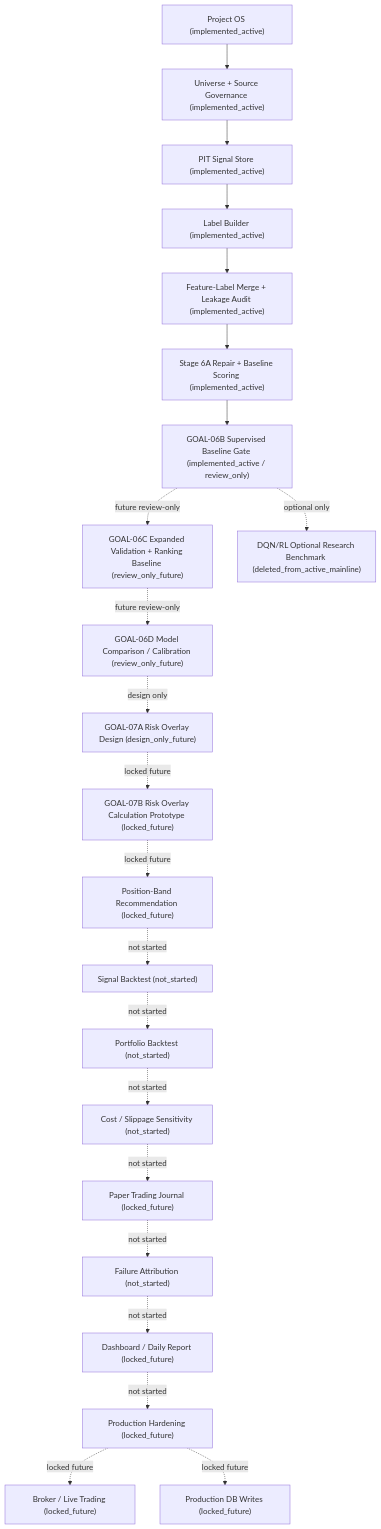
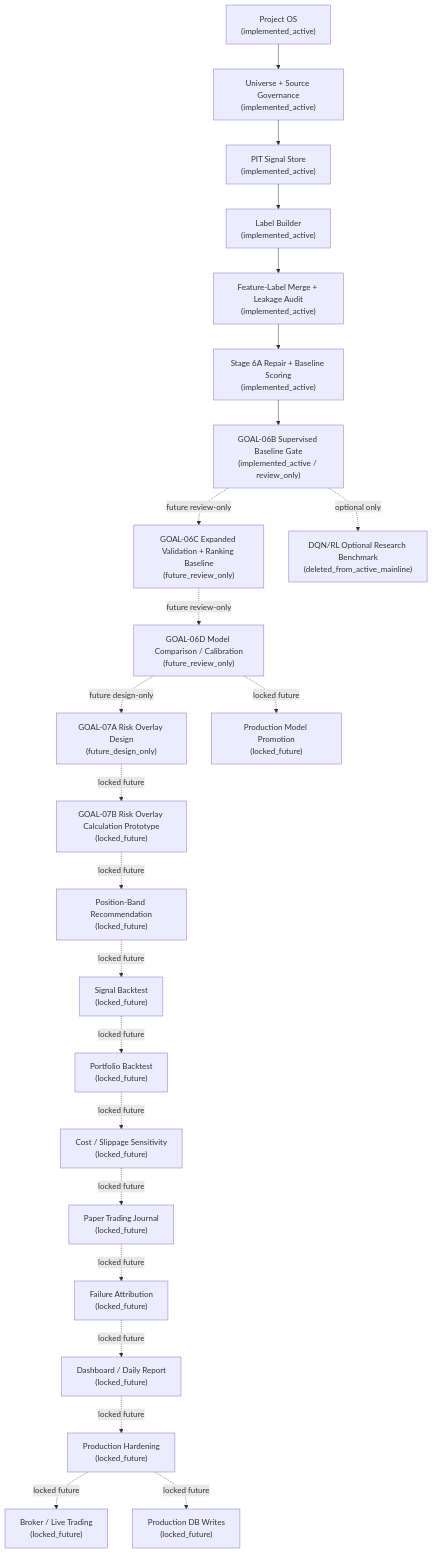
The diagram in docs/architecture/FULL_PROGRAM_ROADMAP_AFTER_CLEAN_BOOTSTRAP.md (RyanLu0203/A_share_premarket_core), drawn with Mermaid before and after one commit. The commit also changed other lines of this file and 25 other files, not shown here.

````diff
--- a/docs/architecture/FULL_PROGRAM_ROADMAP_AFTER_CLEAN_BOOTSTRAP.md
+++ b/docs/architecture/FULL_PROGRAM_ROADMAP_AFTER_CLEAN_BOOTSTRAP.md
@@ -6,24 +6,25 @@
 ```mermaid
 flowchart TD
-    A["Project OS (implemented_active)"] --> B["Universe + Source Governance (implemented_active)"]
-    B --> C["PIT Signal Store (implemented_active)"]
-    C --> D["Label Builder (implemented_active)"]
-    D --> E["Feature-Label Merge + Leakage Audit (implemented_active)"]
-    E --> F["Stage 6A Repair + Baseline Scoring (implemented_active)"]
-    F --> G["GOAL-06B Supervised Baseline Gate (implemented_active / review_only)"]
-    G -. "future review-only" .-> H["GOAL-06C Expanded Validation + Ranking Baseline (review_only_future)"]
-    H -. "future review-only" .-> I["GOAL-06D Model Comparison / Calibration (review_only_future)"]
-    I -. "design only" .-> J["GOAL-07A Risk Overlay Design (design_only_future)"]
-    J -. "locked future" .-> K["GOAL-07B Risk Overlay Calculation Prototype (locked_future)"]
-    K -. "locked future" .-> L["Position-Band Recommendation (locked_future)"]
-    L -. "not started" .-> M["Signal Backtest (not_started)"]
-    M -. "not started" .-> N["Portfolio Backtest (not_started)"]
-    N -. "not started" .-> O["Cost / Slippage Sensitivity (not_started)"]
-    O -. "not started" .-> P["Paper Trading Journal (locked_future)"]
-    P -. "not started" .-> Q["Failure Attribution (not_started)"]
-    Q -. "not started" .-> R["Dashboard / Daily Report (locked_future)"]
-    R -. "not started" .-> S["Production Hardening (locked_future)"]
-    S -. "locked future" .-> T["Broker / Live Trading (locked_future)"]
-    S -. "locked future" .-> U["Production DB Writes (locked_future)"]
-    G -. "optional only" .-> V["DQN/RL Optional Research Benchmark (deleted_from_active_mainline)"]
+    A["Project OS<br/>(implemented_active)"] --> B["Universe + Source Governance<br/>(implemented_active)"]
+    B --> C["PIT Signal Store<br/>(implemented_active)"]
+    C --> D["Label Builder<br/>(implemented_active)"]
+    D --> E["Feature-Label Merge + Leakage Audit<br/>(implemented_active)"]
+    E --> F["Stage 6A Repair + Baseline Scoring<br/>(implemented_active)"]
+    F --> G["GOAL-06B Supervised Baseline Gate<br/>(implemented_active / review_only)"]
+    G -. "future review-only" .-> H["GOAL-06C Expanded Validation + Ranking Baseline<br/>(future_review_only)"]
+    H -. "future review-only" .-> I["GOAL-06D Model Comparison / Calibration<br/>(future_review_only)"]
+    I -. "future design-only" .-> J["GOAL-07A Risk Overlay Design<br/>(future_design_only)"]
+    J -. "locked future" .-> K["GOAL-07B Risk Overlay Calculation Prototype<br/>(locked_future)"]
+    K -. "locked future" .-> L["Position-Band Recommendation<br/>(locked_future)"]
+    L -. "locked future" .-> M["Signal Backtest<br/>(locked_future)"]
+    M -. "locked future" .-> N["Portfolio Backtest<br/>(locked_future)"]
+    N -. "locked future" .-> O["Cost / Slippage Sensitivity<br/>(locked_future)"]
+    O -. "locked future" .-> P["Paper Trading Journal<br/>(locked_future)"]
+    P -. "locked future" .-> Q["Failure Attribution<br/>(locked_future)"]
+    Q -. "locked future" .-> R["Dashboard / Daily Report<br/>(locked_future)"]
+    R -. "locked future" .-> S["Production Hardening<br/>(locked_future)"]
+    S -. "locked future" .-> T["Broker / Live Trading<br/>(locked_future)"]
+    S -. "locked future" .-> U["Production DB Writes<br/>(locked_future)"]
+    I -. "locked future" .-> W["Production Model Promotion<br/>(locked_future)"]
+    G -. "optional only" .-> V["DQN/RL Optional Research Benchmark<br/>(deleted_from_active_mainline)"]
 ```
````
